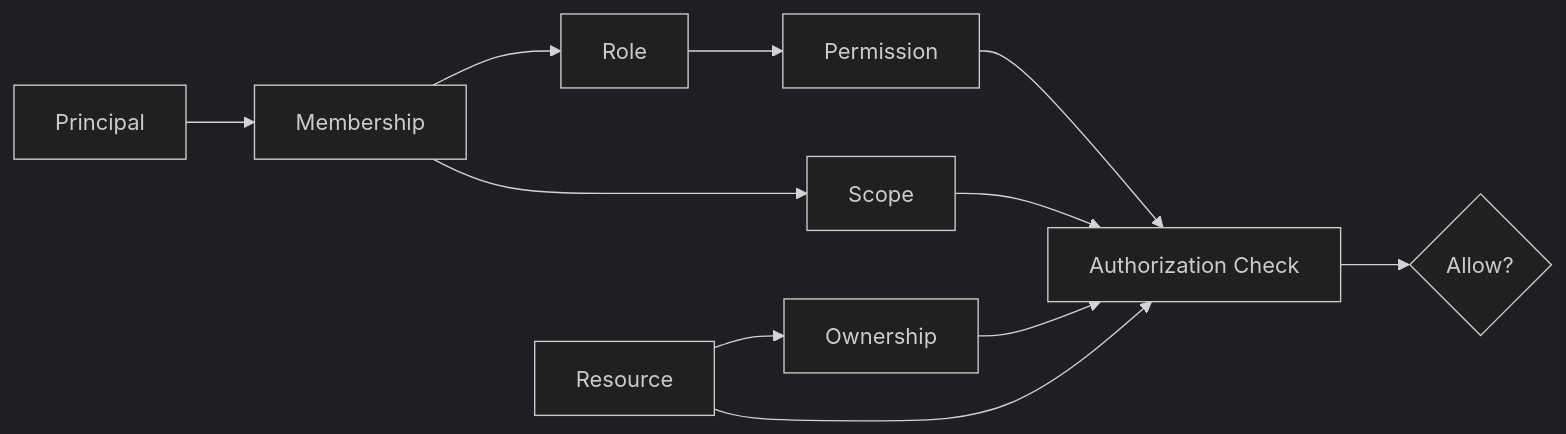
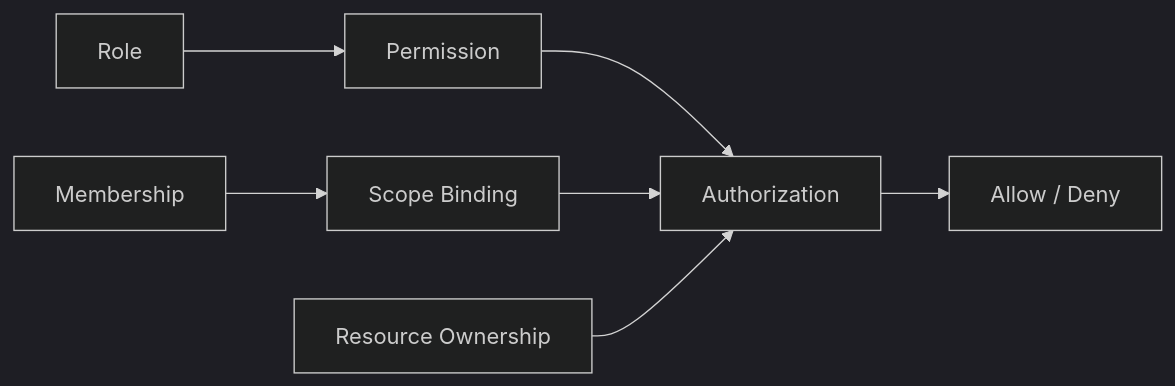
Before and after one commit to D-engahmed/OMILINKS: the diagram in docs/security/permission-matrix.md, drawn with Mermaid (dark theme). The commit also changed other lines of this file and 4 other files, not shown here.

```diff
--- a/docs/security/permission-matrix.md
+++ b/docs/security/permission-matrix.md
@@ -86,13 +81,9 @@
 ~~~mermaid
 flowchart LR
-USER[Principal] --> MEMBERSHIP[Membership]
-MEMBERSHIP --> ROLE[Role]
-ROLE --> PERMISSION[Permission]
-MEMBERSHIP --> SCOPE[Scope]
-RESOURCE[Resource] --> OWNERSHIP[Ownership]
-PERMISSION --> CHECK[Authorization Check]
+ROLE[Role] --> PERM[Permission]
+MEMBERSHIP[Membership] --> SCOPE[Scope Binding]
+PERM --> CHECK[Authorization]
 SCOPE --> CHECK
-OWNERSHIP --> CHECK
-RESOURCE --> CHECK
-CHECK --> DECISION{Allow?}
+RESOURCE[Resource Ownership] --> CHECK
+CHECK --> DECISION[Allow / Deny]
 ~~~
```
